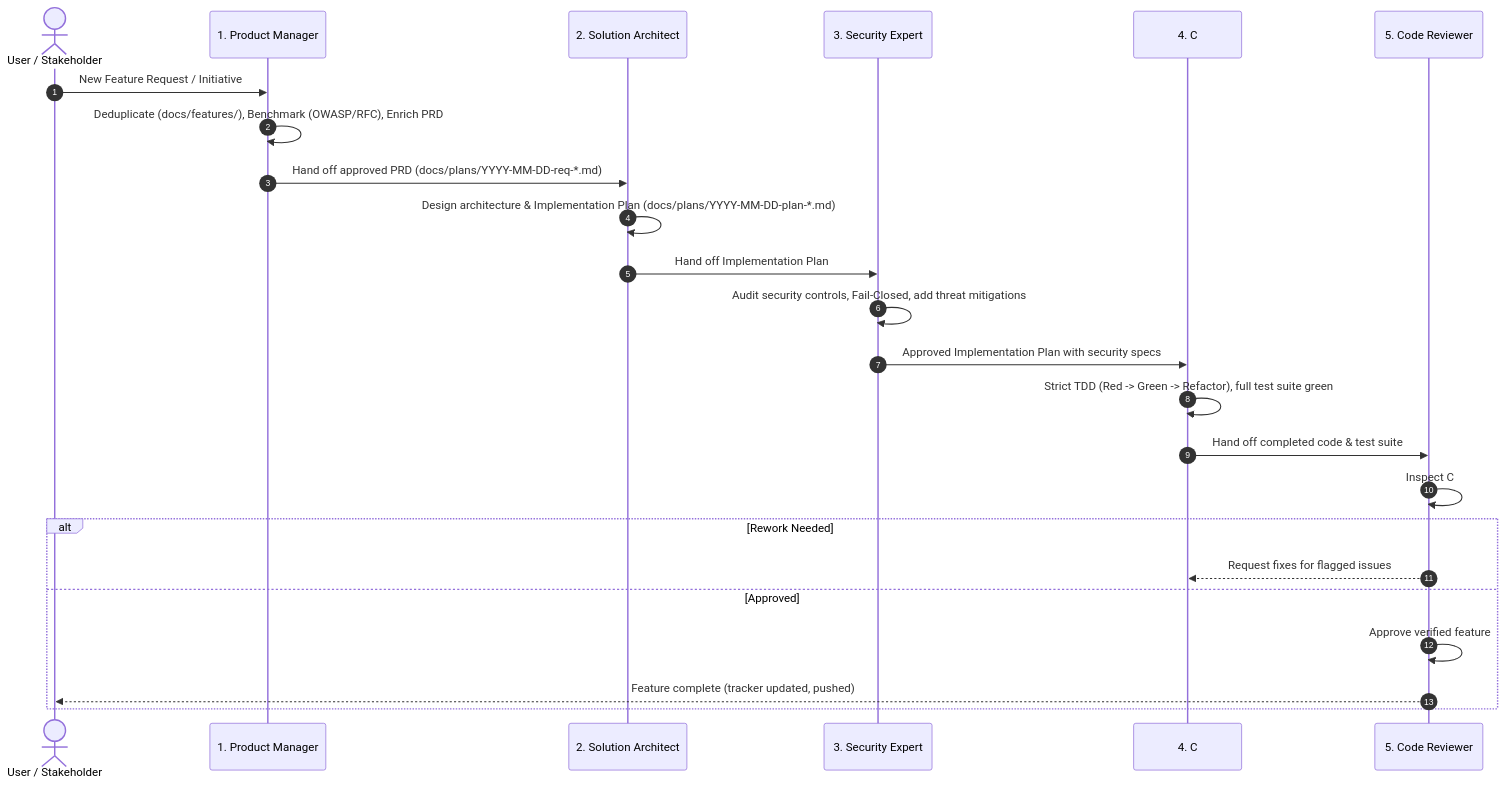
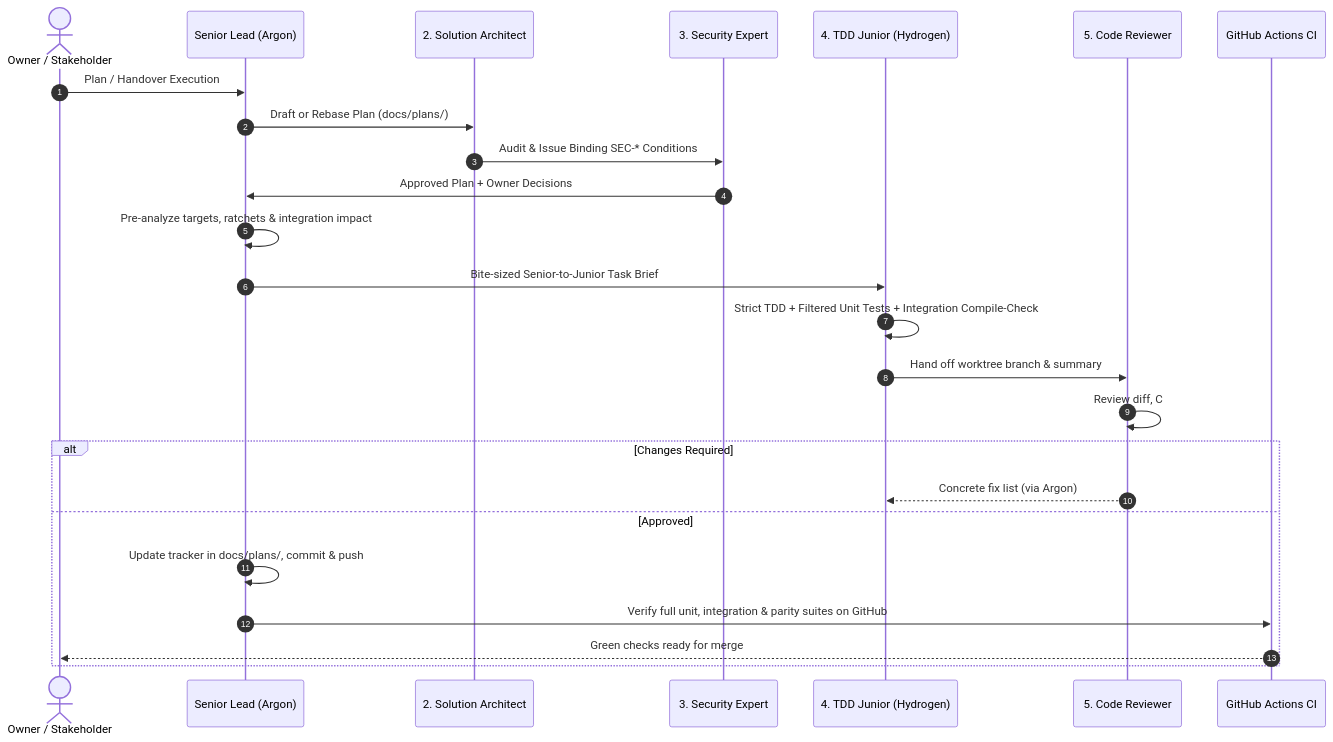
One commit to themulle/autheris changed the diagram in .agents/skills/project-manager/SKILL.md. Above: the diagram before and after it, drawn with Mermaid. The commit also changed other lines of this file and 12 other files, not shown here.

Commit message:
chore(agents): establish senior-argon junior-hydrogen pairing and github integration test offload

````diff
--- a/.agents/skills/project-manager/SKILL.md
+++ b/.agents/skills/project-manager/SKILL.md
@@ -20,27 +39,28 @@
 ```mermaid
 sequenceDiagram
     autonumber
-    actor User as User / Stakeholder
-    participant PM as 1. Product Manager
+    actor Owner as Owner / Stakeholder
+    participant PM as Senior Lead (Argon)
     participant Arch as 2. Solution Architect
     participant Sec as 3. Security Expert
-    participant Dev as 4. C# TDD Developer(s)
+    participant Dev as 4. TDD Junior (Hydrogen)
     participant Rev as 5. Code Reviewer
+    participant CI as GitHub Actions CI
 
-    User->>PM: New Feature Request / Initiative
-    PM->>PM: Deduplicate (docs/features/), Benchmark (OWASP/RFC), Enrich PRD
-    PM->>Arch: Hand off approved PRD (docs/plans/YYYY-MM-DD-req-*.md)
-    Arch->>Arch: Design architecture & Implementation Plan (docs/plans/YYYY-MM-DD-plan-*.md)
-    Arch->>Sec: Hand off Implementation Plan
-    Sec->>Sec: Audit security controls, Fail-Closed, add threat mitigations
-    Sec->>Dev: Approved Implementation Plan with security specs
-    Dev->>Dev: Strict TDD (Red -> Green -> Refactor), full test suite green
-    Dev->>Rev: Hand off completed code & test suite
-    Rev->>Rev: Inspect C# idioms, allocations, test coverage
-    alt Rework Needed
-        Rev-->>Dev: Request fixes for flagged issues
+    Owner->>PM: Plan / Handover Execution
+    PM->>Arch: Draft or Rebase Plan (docs/plans/)
+    Arch->>Sec: Audit & Issue Binding SEC-* Conditions
+    Sec->>PM: Approved Plan + Owner Decisions
+    PM->>PM: Pre-analyze targets, ratchets & integration impact
+    PM->>Dev: Bite-sized Senior-to-Junior Task Brief
+    Dev->>Dev: Strict TDD + Filtered Unit Tests + Integration Compile-Check
+    Dev->>Rev: Hand off worktree branch & summary
+    Rev->>Rev: Review diff, C# 13 idioms, SEC-* compliance
+    alt Changes Required
+        Rev-->>Dev: Concrete fix list (via Argon)
     else Approved
-        Rev->>Rev: Approve verified feature
-        Rev-->>User: Feature complete (tracker updated, pushed)
+        PM->>PM: Update tracker in docs/plans/, commit & push
+        PM->>CI: Verify full unit, integration & parity suites on GitHub
+        CI-->>Owner: Green checks ready for merge
     end
 ```
````
